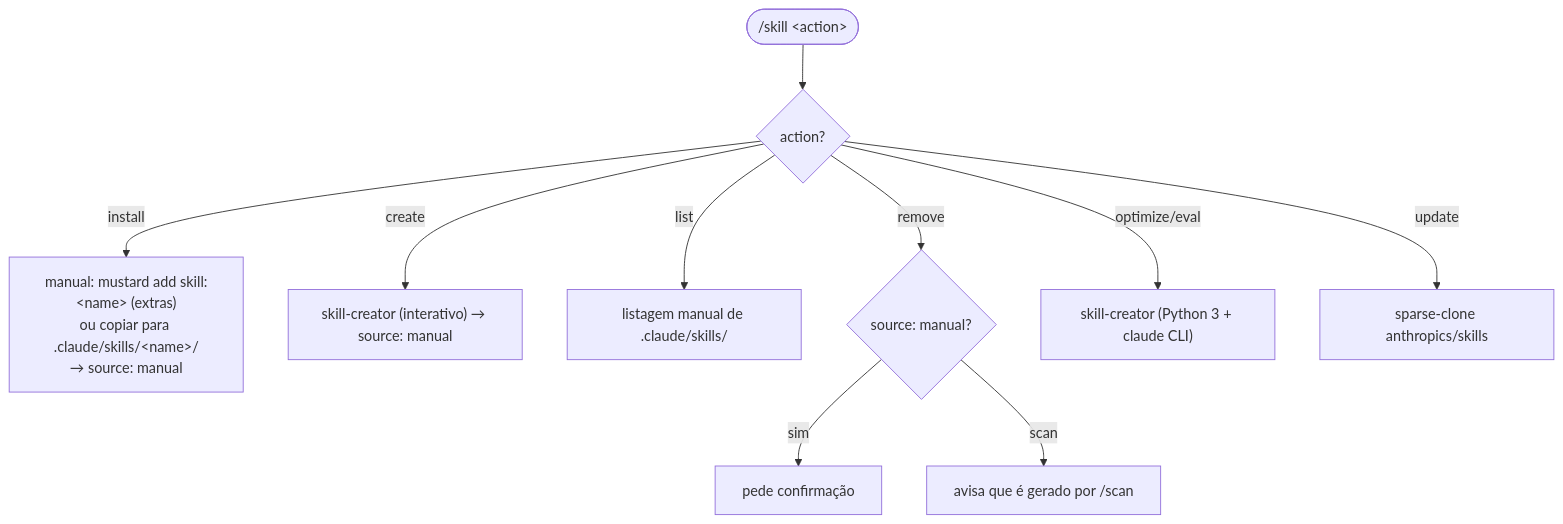
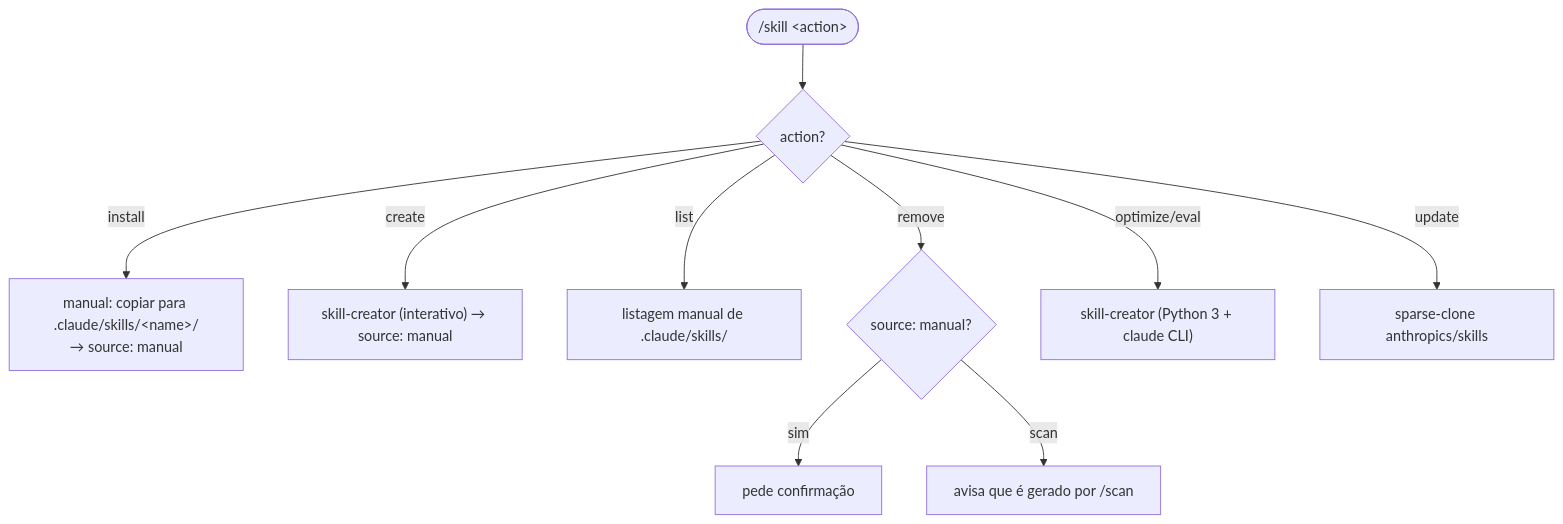
Before and after one commit to rubensrpj/mustard: diagram 17 of 19 in MUSTARD-COMMANDS.md, drawn with Mermaid. The commit also changed other lines of this file and 167 other files, not shown here.

First line of the commit message:
feat(f4): mustard vira plugin nativo do Claude Code + init bootstrap fino

````diff
--- a/MUSTARD-COMMANDS.md
+++ b/MUSTARD-COMMANDS.md
@@ -548,12 +548,12 @@
 ```mermaid
 flowchart TD
     start(["/skill &lt;action&gt;"]) --> action{"action?"}
-    action -->|install| inst["manual: mustard add skill:&lt;name&gt; (extras)<br/>ou copiar para .claude/skills/&lt;name&gt;/<br/>→ source: manual"]
+    action -->|install| inst["manual: copiar para .claude/skills/&lt;name&gt;/<br/>→ source: manual"]
     action -->|create| create["skill-creator (interativo) → source: manual"]
     action -->|list| list["listagem manual de .claude/skills/"]
     action -->|remove| remove{"source: manual?"}
     remove -->|sim| confirm["pede confirmação"]
     remove -->|scan| warn["avisa que é gerado por /scan"]
     action -->|"optimize/eval"| opt["skill-creator (Python 3 + claude CLI)"]
     action -->|update| upd["sparse-clone anthropics/skills"]
 ```
````
